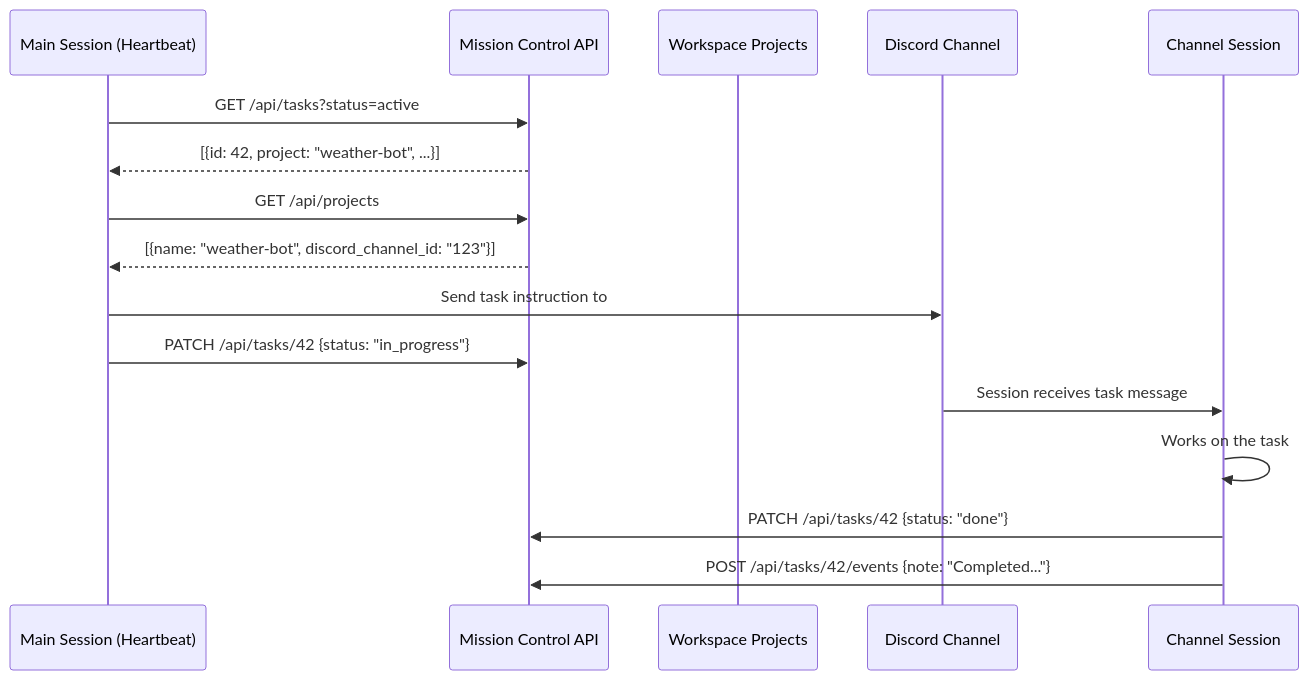
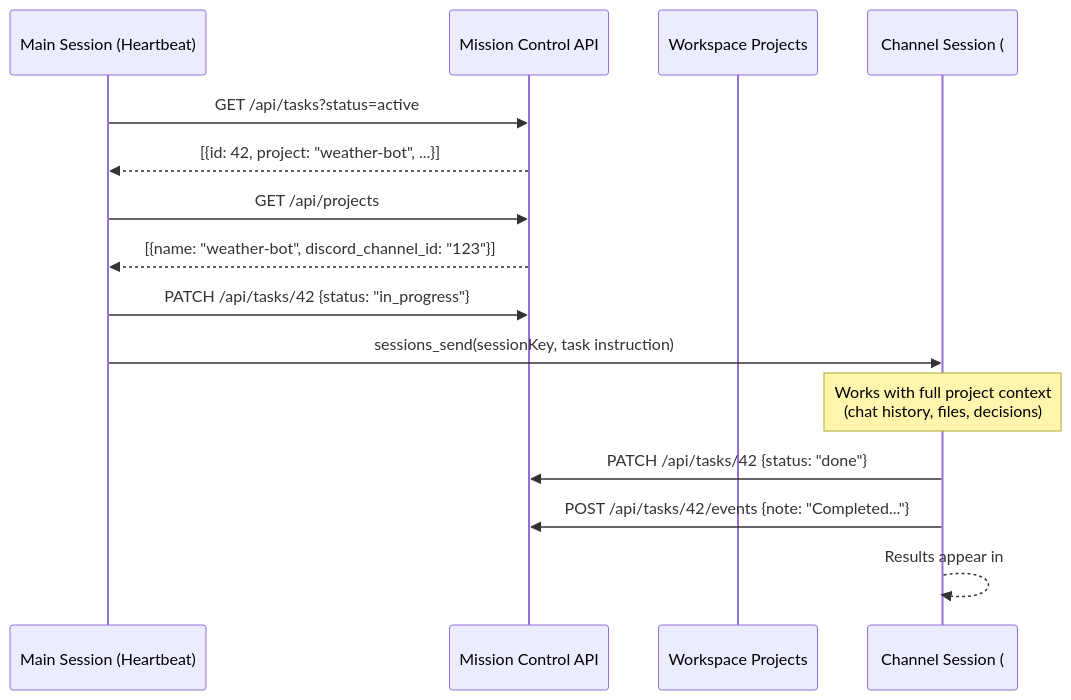
One commit to mdude/openclaw-mc changed the third of 3 diagrams in README.md. Above: the diagram before and after it, drawn with Mermaid. The commit also changed other lines of this file, not shown here.

Commit message:
docs: update dispatch architecture to sessions_send (channel session with full context)

````diff
--- a/README.md
+++ b/README.md
@@ -271,19 +271,18 @@
 ```mermaid
 sequenceDiagram
     participant HB as Main Session (Heartbeat)
     participant MC as Mission Control API
     participant WS as Workspace Projects
-    participant DC as Discord Channel
-    participant S as Channel Session
+    participant S as Channel Session (#weather-bot)
 
     HB->>MC: GET /api/tasks?status=active
     MC-->>HB: [{id: 42, project: "weather-bot", ...}]
     HB->>MC: GET /api/projects
     MC-->>HB: [{name: "weather-bot", discord_channel_id: "123"}]
-    HB->>DC: Send task instruction to #weather-bot
     HB->>MC: PATCH /api/tasks/42 {status: "in_progress"}
-    DC->>S: Session receives task message
-    S->>S: Works on the task
+    HB->>S: sessions_send(sessionKey, task instruction)
+    Note over S: Works with full project context<br/>(chat history, files, decisions)
     S->>MC: PATCH /api/tasks/42 {status: "done"}
     S->>MC: POST /api/tasks/42/events {note: "Completed..."}
+    S-->>S: Results appear in #weather-bot
 ```
````
